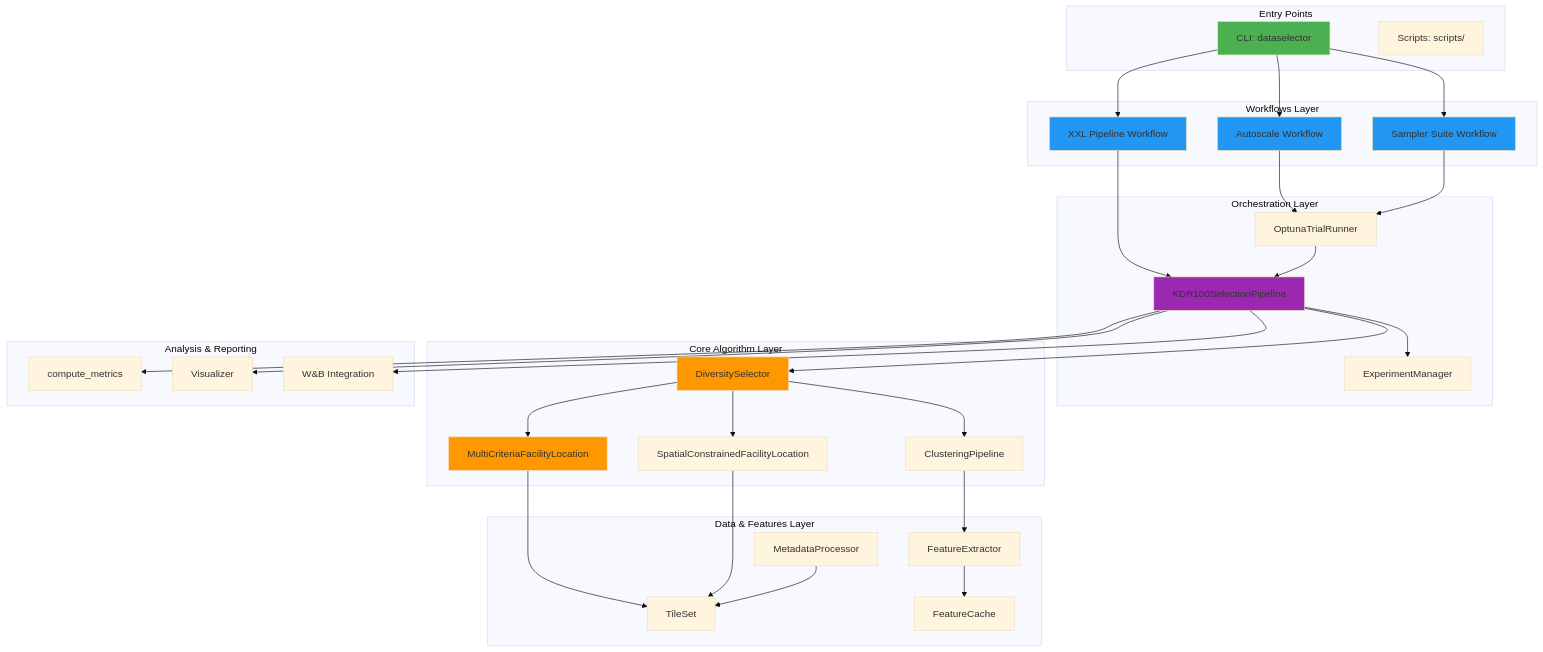
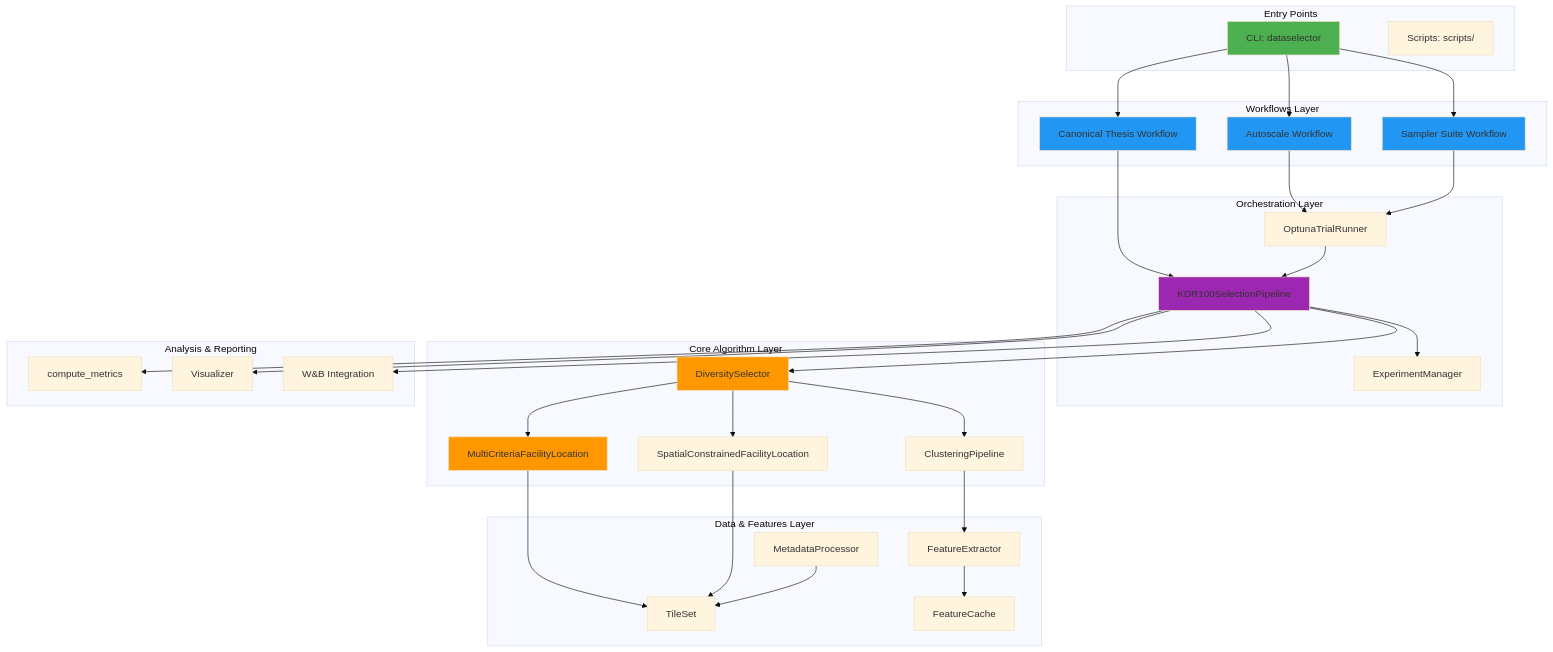
One commit to naturmensch/Dataselector-public changed the diagram in docs/02_THEORY/architecture.md. Above: the diagram before and after it, drawn with Mermaid (base theme). The commit also changed other lines of this file and 3 other files, not shown here.

````diff
--- a/docs/02_THEORY/architecture.md
+++ b/docs/02_THEORY/architecture.md
@@ -51,74 +51,74 @@
 ```mermaid
 graph TB
     subgraph "Entry Points"
         CLI[CLI: dataselector]
         Scripts[Scripts: scripts/]
     end
 
     subgraph "Workflows Layer"
         WF_Autoscale[Autoscale Workflow]
         WF_Suite[Sampler Suite Workflow]
-        WF_XXL[XXL Pipeline Workflow]
+        WF_Thesis[Canonical Thesis Workflow]
     end
 
     subgraph "Orchestration Layer"
         ExpMgr[ExperimentManager]
         OptunaRunner[OptunaTrialRunner]
         Pipeline[KDR100SelectionPipeline]
     end
 
     subgraph "Core Algorithm Layer"
         DS[DiversitySelector]
         MCFL[MultiCriteriaFacilityLocation]
         SCFL[SpatialConstrainedFacilityLocation]
         Clustering[ClusteringPipeline]
     end
 
     subgraph "Data & Features Layer"
         MetaProc[MetadataProcessor]
         TileSet[TileSet]
         FeatExtract[FeatureExtractor]
         FeatCache[FeatureCache]
     end
 
     subgraph "Analysis & Reporting"
         Metrics[compute_metrics]
         Viz[Visualizer]
         WandB[W&B Integration]
     end
 
     CLI --> WF_Autoscale
     CLI --> WF_Suite
-    CLI --> WF_XXL
+    CLI --> WF_Thesis
 
     WF_Autoscale --> OptunaRunner
     WF_Suite --> OptunaRunner
-    WF_XXL --> Pipeline
+    WF_Thesis --> Pipeline
 
     OptunaRunner --> Pipeline
     Pipeline --> ExpMgr
     Pipeline --> DS
 
     DS --> MCFL
     DS --> SCFL
     DS --> Clustering
 
     MCFL --> TileSet
     SCFL --> TileSet
     Clustering --> FeatExtract
 
     FeatExtract --> FeatCache
     MetaProc --> TileSet
 
     Pipeline --> Metrics
     Pipeline --> Viz
     Pipeline --> WandB
 
     style CLI fill:#4CAF50
     style WF_Autoscale fill:#2196F3
     style WF_Suite fill:#2196F3
-    style WF_XXL fill:#2196F3
+    style WF_Thesis fill:#2196F3
     style DS fill:#FF9800
     style MCFL fill:#FF9800
     style Pipeline fill:#9C27B0
 ```
````
